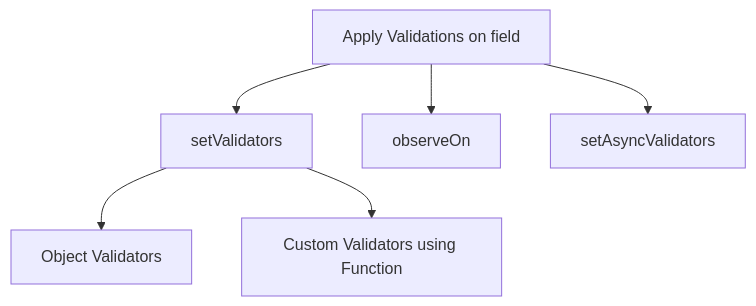
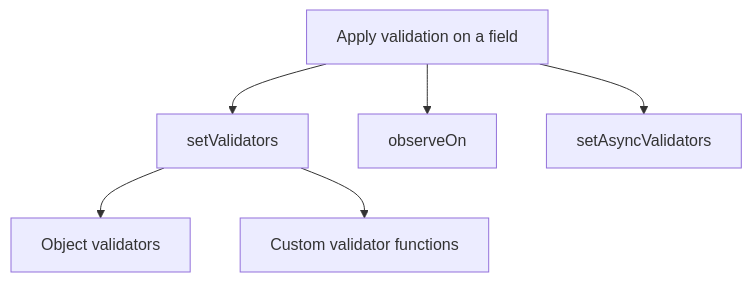
One commit to imtiyazwm/ai-docs changed the second of 2 diagrams in docs/user-interfaces/mobile/develop/form-input-validations/index.mdx. Above: the diagram before and after it, drawn with Mermaid. The commit also changed other lines of this file and 81 other files, not shown here.

````diff
--- a/docs/user-interfaces/mobile/develop/form-input-validations/index.mdx
+++ b/docs/user-interfaces/mobile/develop/form-input-validations/index.mdx
@@ -52,9 +59,9 @@
 ```mermaid
 flowchart TD
-    A[Apply Validations on field] --> B[setValidators]
+    A[Apply validation on a field] --> B[setValidators]
     A --> C[observeOn]
     A --> D[setAsyncValidators]
 
-    B --> B1[Object Validators]
-    B --> B2[Custom Validators using Function]
+    B --> B1[Object validators]
+    B --> B2[Custom validator functions]
 ```
````
